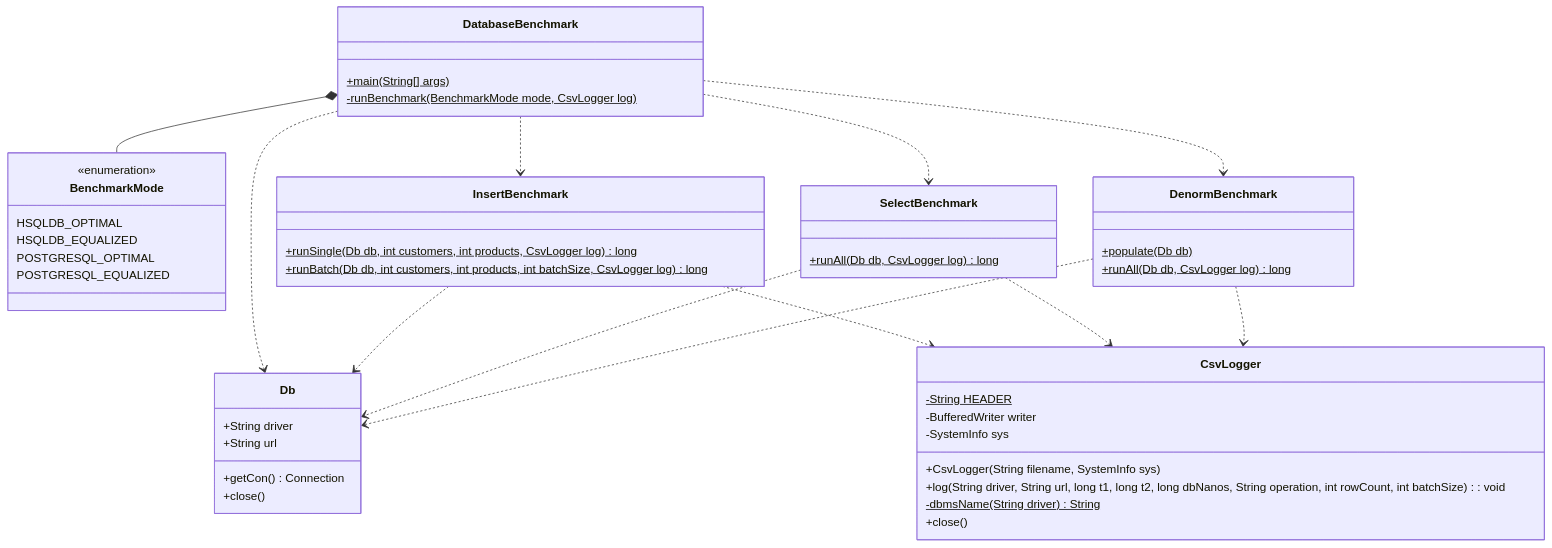
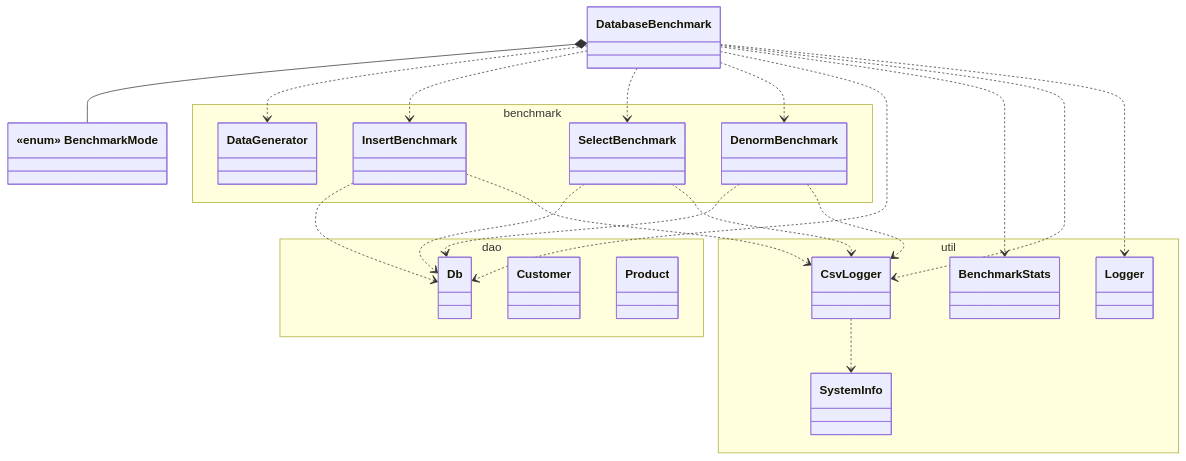
One commit to IlyaBashlyaev/DatabaseBenchmark changed the diagram in docs/class_diagram/simple/class_diagram.mmd. Above: the diagram before and after it, drawn with Mermaid. The commit also changed 16 other files, not shown here.

```diff
--- a/docs/class_diagram/simple/class_diagram.mmd
+++ b/docs/class_diagram/simple/class_diagram.mmd
@@ -1,61 +1,46 @@
 classDiagram
     direction TB
 
-    class DatabaseBenchmark {
-        +main(String[] args)$
-        -runBenchmark(BenchmarkMode mode, CsvLogger log)$
+    class DatabaseBenchmark["DatabaseBenchmark"]
+    class BenchmarkMode["«enum» BenchmarkMode"]
+
+    namespace benchmark {
+        class DataGenerator
+        class InsertBenchmark
+        class SelectBenchmark
+        class DenormBenchmark
     }
 
-    class BenchmarkMode {
-        <<enumeration>>
-        HSQLDB_OPTIMAL
-        HSQLDB_EQUALIZED
-        POSTGRESQL_OPTIMAL
-        POSTGRESQL_EQUALIZED
+    namespace dao {
+        class Db
+        class Customer
+        class Product
     }
 
-    class Db {
-        +String driver
-        +String url
-        +getCon() Connection
-        +close()
-    }
-
-    class InsertBenchmark {
-        +runSingle(Db db, int customers, int products, CsvLogger log)$ long
-        +runBatch(Db db, int customers, int products, int batchSize, CsvLogger log)$ long
-    }
-
-    class SelectBenchmark {
-        +runAll(Db db, CsvLogger log)$ long
-    }
-
-    class DenormBenchmark {
-        +populate(Db db)$
-        +runAll(Db db, CsvLogger log)$ long
-    }
-
-    class CsvLogger {
-        -String HEADER$
-        -BufferedWriter writer
-        -SystemInfo sys
-        +CsvLogger(String filename, SystemInfo sys)
-        +log(String driver, String url, long t1, long t2, long dbNanos, String operation, int rowCount, int batchSize): void
-        -dbmsName(String driver)$ String
-        +close()
+    namespace util {
+        class BenchmarkStats
+        class CsvLogger
+        class Logger
+        class SystemInfo
     }
 
     DatabaseBenchmark *-- BenchmarkMode
 
-    DatabaseBenchmark ..> Db
+    DatabaseBenchmark ..> DataGenerator
     DatabaseBenchmark ..> InsertBenchmark
     DatabaseBenchmark ..> SelectBenchmark
     DatabaseBenchmark ..> DenormBenchmark
+    DatabaseBenchmark ..> Db
+    DatabaseBenchmark ..> BenchmarkStats
+    DatabaseBenchmark ..> CsvLogger
+    DatabaseBenchmark ..> Logger
 
     InsertBenchmark ..> Db
     SelectBenchmark ..> Db
     DenormBenchmark ..> Db
 
     InsertBenchmark ..> CsvLogger
     SelectBenchmark ..> CsvLogger
     DenormBenchmark ..> CsvLogger
+
+    CsvLogger ..> SystemInfo
```
